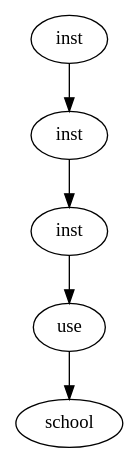
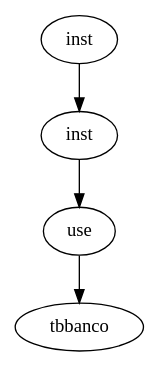
The diagram in Compi2Python/ast.dot (Diego180499/PROYECTO-OLC2-XSQL), drawn with Graphviz before and after one commit. The commit also changed 11 other files, not shown here.

```diff
--- a/Compi2Python/ast.dot
+++ b/Compi2Python/ast.dot
@@ -1,11 +1,9 @@
 digraph AST{
 node0 [label="inst" shape="oval", color="black"];
 node1 [label="inst" shape="oval", color="black"];
-node2 [label="inst" shape="oval", color="black"];
-node3 [label="use" shape="oval", color="black"];
-node4 [label="school" shape="oval", color="black"];
+node2 [label="use" shape="oval", color="black"];
+node3 [label="tbbanco" shape="oval", color="black"];
 node0 -> node1;
 node1 -> node2;
 node2 -> node3;
-node3 -> node4;
 }
```
